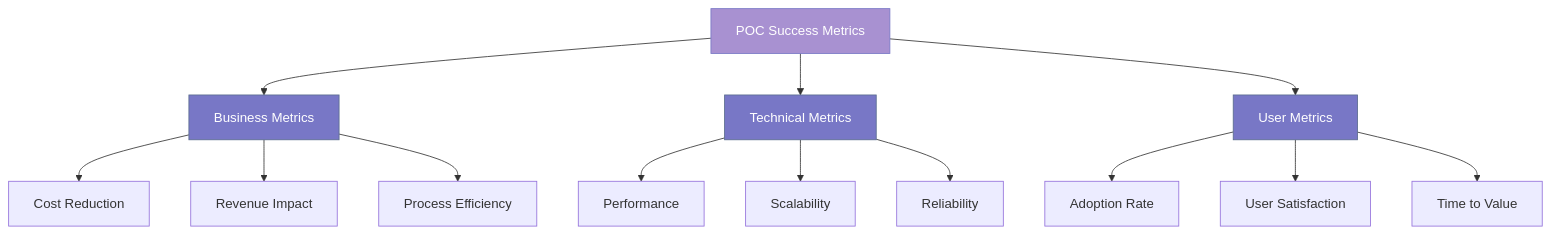
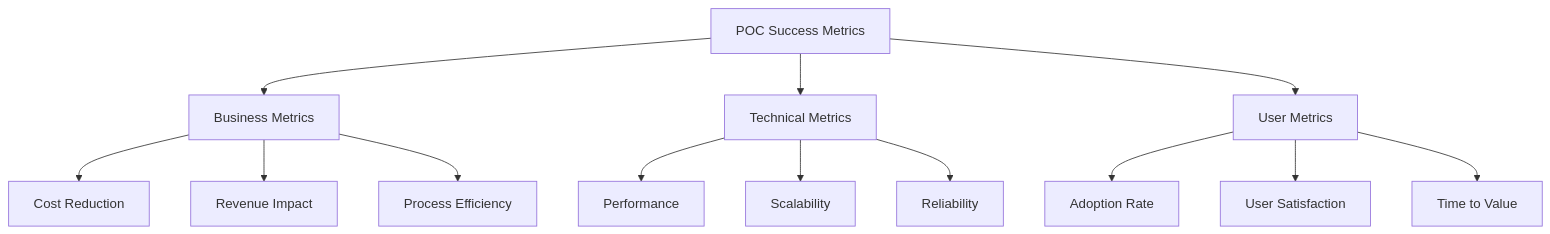
The fifth of 5 diagrams in content/posts/implementing-ai-proofs-of-concept.md (Lakeshore-Labs/lakeshorelabs.ai), drawn with Mermaid before and after one commit. The commit also changed other lines of this file and 5 other files, not shown here.

````diff
--- a/content/posts/implementing-ai-proofs-of-concept.md
+++ b/content/posts/implementing-ai-proofs-of-concept.md
@@ -131,23 +118,18 @@
-<div class="mermaid">
-graph TD
+```mermaid
+flowchart TD
     A[POC Success Metrics] --> B[Business Metrics]
     A --> C[Technical Metrics]
     A --> D[User Metrics]
     
-    B --> B1[Cost Reduction]
-    B --> B2[Revenue Impact]
-    B --> B3[Process Efficiency]
+    B --> E[Cost Reduction]
+    B --> F[Revenue Impact]
+    B --> G[Process Efficiency]
     
-    C --> C1[Performance]
-    C --> C2[Scalability]
-    C --> C3[Reliability]
+    C --> H[Performance]
+    C --> I[Scalability]
+    C --> J[Reliability]
     
-    D --> D1[Adoption Rate]
-    D --> D2[User Satisfaction]
-    D --> D3[Time to Value]
-    
-    style A fill:#a891d1,stroke:#7877c6,color:#fff
-    style B fill:#7877c6,stroke:#5a6c8e,color:#fff
-    style C fill:#7877c6,stroke:#5a6c8e,color:#fff
-    style D fill:#7877c6,stroke:#5a6c8e,color:#fff
-</div>
+    D --> K[Adoption Rate]
+    D --> L[User Satisfaction]
+    D --> M[Time to Value]
+```
````
